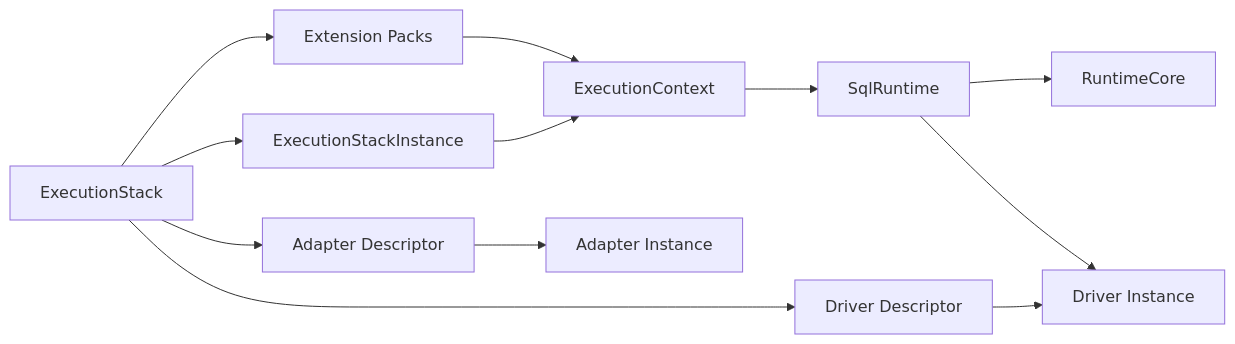
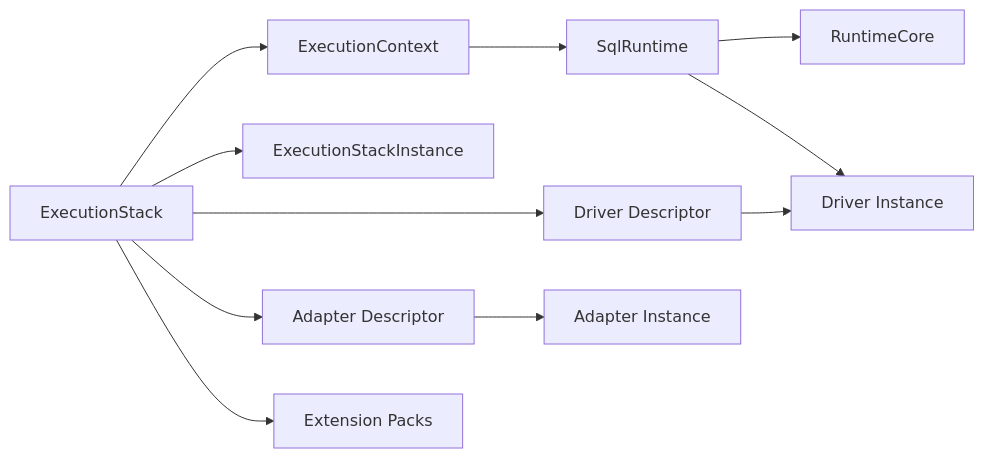
The diagram in packages/2-sql/5-runtime/README.md (prisma/prisma-next), drawn with Mermaid before and after one commit. The commit also changed other lines of this file, not shown here.

First line of the commit message:
Update sql-runtime README for descriptor-based static context API

````diff
--- a/packages/2-sql/5-runtime/README.md
+++ b/packages/2-sql/5-runtime/README.md
@@ -93,14 +98,13 @@
 ```mermaid
 flowchart LR
-  Stack[ExecutionStack] --> StackI[ExecutionStackInstance]
-  StackI --> Context[ExecutionContext]
+  Stack[ExecutionStack] --> Context[ExecutionContext]
+  Stack --> StackI[ExecutionStackInstance]
   Stack --> DriverDesc[Driver Descriptor]
   Stack --> AdapterDesc[Adapter Descriptor]
   Stack --> Packs[Extension Packs]
   Context --> Runtime[SqlRuntime]
   Runtime --> Core[RuntimeCore]
   DriverDesc --> DriverInst[Driver Instance]
   AdapterDesc --> AdapterInst[Adapter Instance]
-  Packs --> Context
   Runtime --> DriverInst
 ```
````
